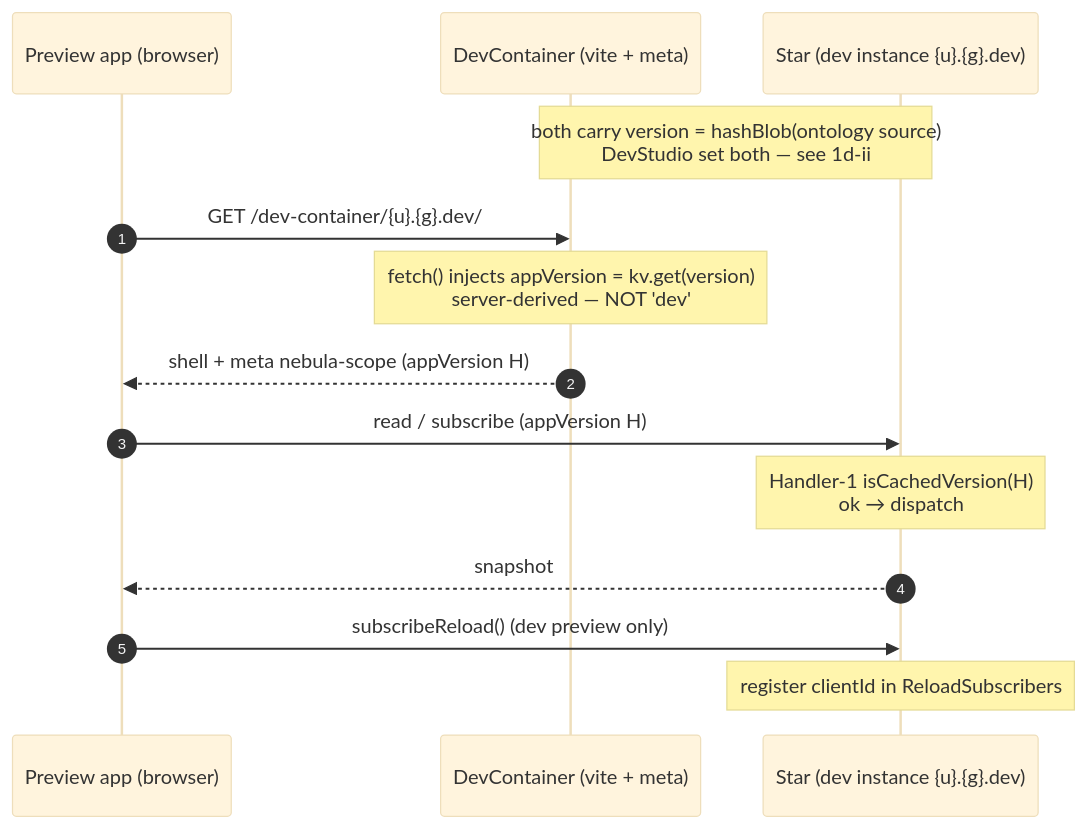
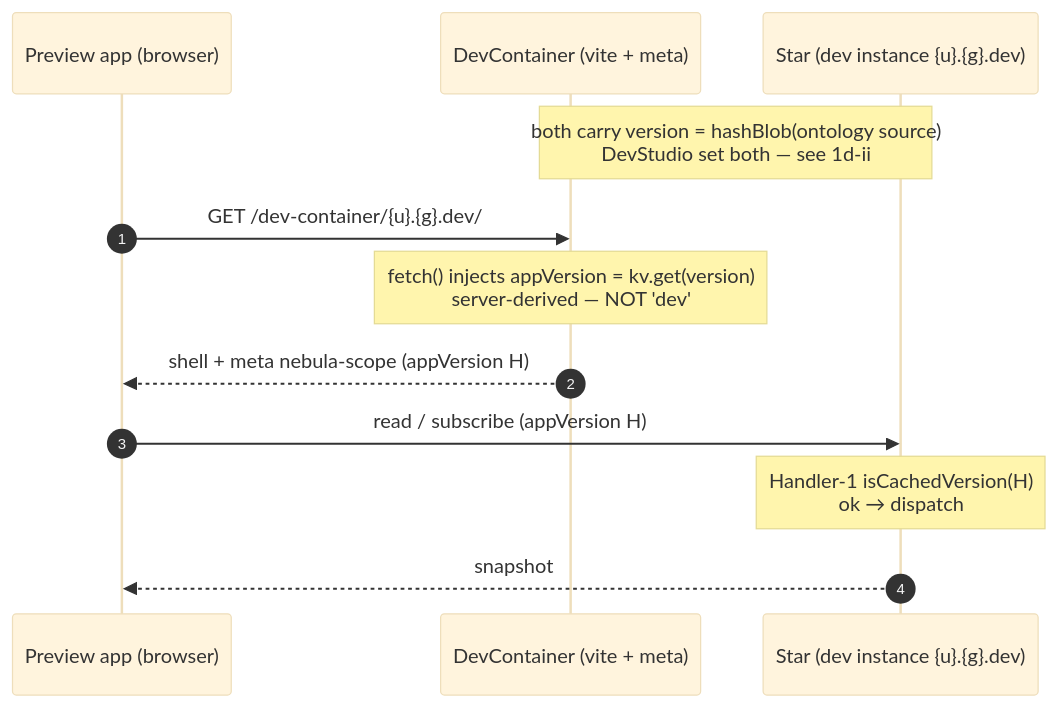
The fifth of 9 diagrams in tasks/reference/nebula-dev-flows.md (lumenize/lumenize), drawn with Mermaid (base theme) before and after one commit. The commit also changed other lines of this file and 154 other files, not shown here.

````diff
--- a/tasks/reference/nebula-dev-flows.md
+++ b/tasks/reference/nebula-dev-flows.md
@@ -189,17 +193,15 @@
 ```mermaid
 sequenceDiagram
     autonumber
     participant PV as Preview app (browser)
     participant DC as DevContainer (vite + meta)
     participant ST as Star (dev instance {u}.{g}.dev)
 
     Note over DC,ST: both carry version = hashBlob(ontology source)<br/>DevStudio set both — see 1d-ii
     PV->>DC: GET /dev-container/{u}.{g}.dev/
     Note over DC: fetch() injects appVersion = kv.get(version)<br/>server-derived — NOT 'dev'
     DC-->>PV: shell + meta nebula-scope (appVersion H)
     PV->>ST: read / subscribe (appVersion H)
     Note over ST: Handler-1 isCachedVersion(H)<br/>ok → dispatch
     ST-->>PV: snapshot
-    PV->>ST: subscribeReload() (dev preview only)
-    Note over ST: register clientId in ReloadSubscribers
 ```
````
